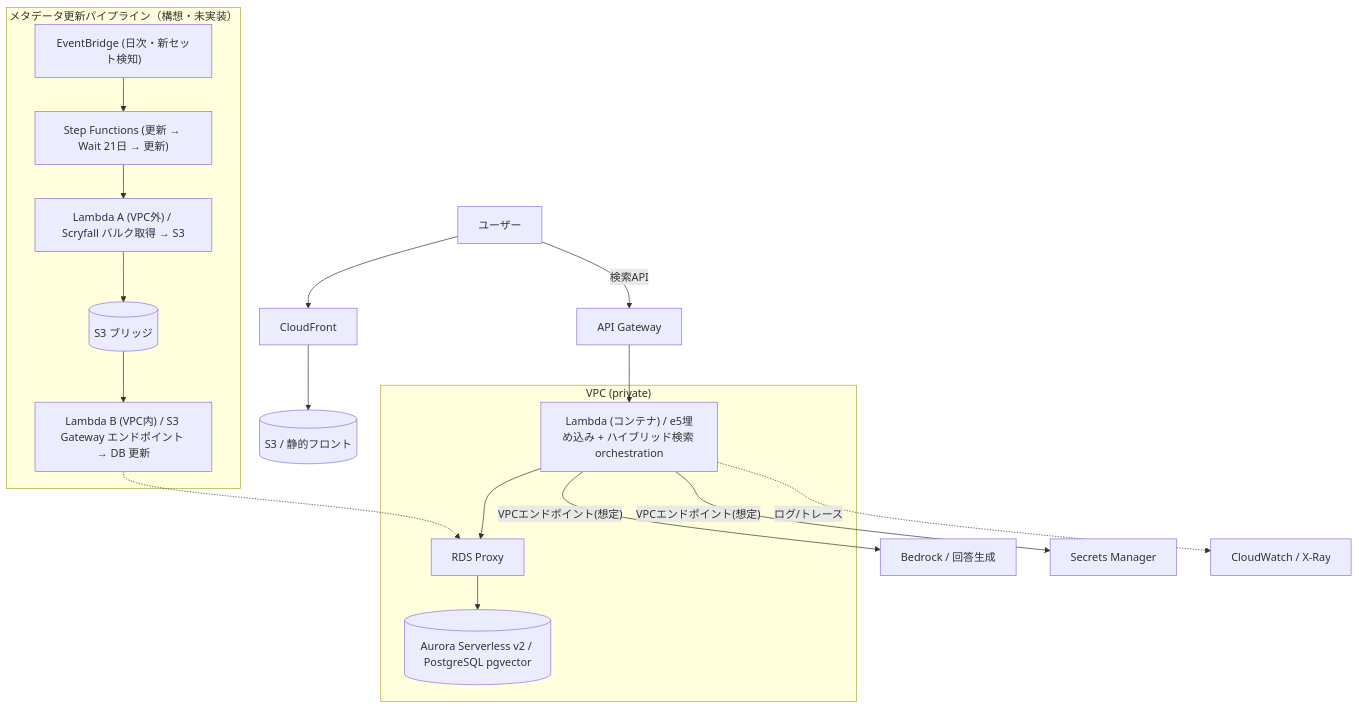
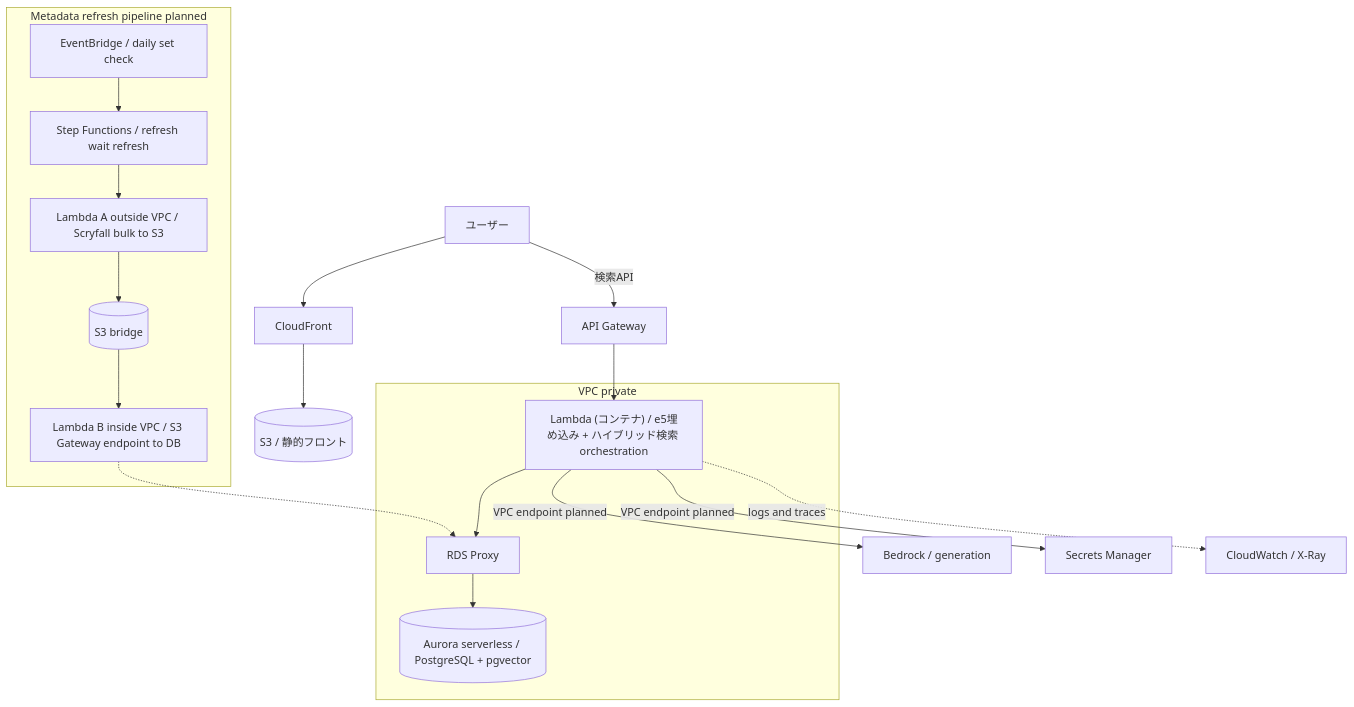
Before and after one commit to Sakaihashizo/mtg-rag: the second of 2 diagrams in README.md, drawn with Mermaid. The commit also changed other lines of this file, not shown here.

Commit message:
Update README: refine eval status, harden Mermaid diagrams, add face_cmcs/has_x and docker-compose notes

````diff
--- a/README.md
+++ b/README.md
@@ -83,22 +83,22 @@
 ```mermaid
 flowchart TB
     user["ユーザー"] --> cf["CloudFront"]
     cf --> s3f[("S3 / 静的フロント")]
     user -->|検索API| apigw["API Gateway"]
     apigw --> lam["Lambda (コンテナ) / e5埋め込み + ハイブリッド検索 orchestration"]
-    subgraph vpc["VPC (private)"]
+    subgraph vpc [VPC private]
         lam --> proxy["RDS Proxy"]
-        proxy --> aurora[("Aurora Serverless v2 / PostgreSQL pgvector")]
+        proxy --> aurora[("Aurora serverless / PostgreSQL + pgvector")]
     end
-    lam -->|"VPCエンドポイント(想定)"| bedrock["Bedrock / 回答生成"]
-    lam -->|"VPCエンドポイント(想定)"| secrets["Secrets Manager"]
-    lam -.ログ/トレース.-> cw["CloudWatch / X-Ray"]
+    lam -->|"VPC endpoint planned"| bedrock["Bedrock / generation"]
+    lam -->|"VPC endpoint planned"| secrets["Secrets Manager"]
+    lam -. logs and traces .-> cw["CloudWatch / X-Ray"]
 
-    subgraph refresh["メタデータ更新パイプライン（構想・未実装）"]
-        eb["EventBridge (日次・新セット検知)"] --> sfn["Step Functions (更新 → Wait 21日 → 更新)"]
-        sfn --> lamA["Lambda A (VPC外) / Scryfall バルク取得 → S3"]
-        lamA --> s3b[("S3 ブリッジ")]
-        s3b --> lamB["Lambda B (VPC内) / S3 Gateway エンドポイント → DB 更新"]
+    subgraph refresh [Metadata refresh pipeline planned]
+        eb["EventBridge / daily set check"] --> sfn["Step Functions / refresh wait refresh"]
+        sfn --> lamA["Lambda A outside VPC / Scryfall bulk to S3"]
+        lamA --> s3b[("S3 bridge")]
+        s3b --> lamB["Lambda B inside VPC / S3 Gateway endpoint to DB"]
     end
     lamB -.-> proxy
 ```
````
